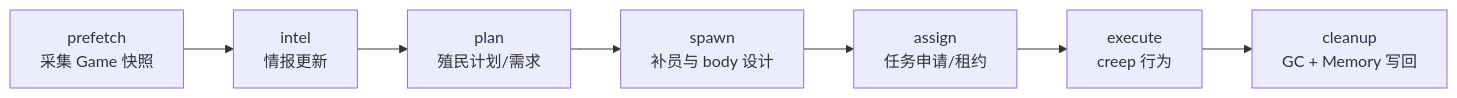
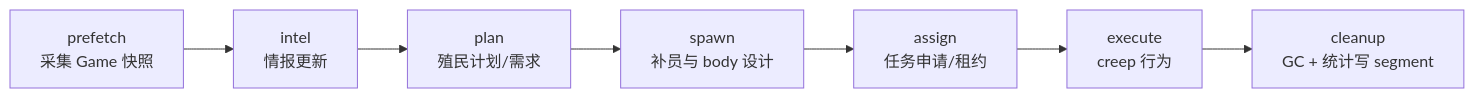
Before and after one commit to Darkiiiiiice/screep: the diagram in PLAN.md, drawn with Mermaid. The commit also changed other lines of this file, not shown here.

````diff
--- a/PLAN.md
+++ b/PLAN.md
@@ -89,9 +133,9 @@
 ```mermaid
 flowchart LR
   A[prefetch<br/>采集 Game 快照] --> B[intel<br/>情报更新]
   B --> C[plan<br/>殖民计划/需求]
   C --> D[spawn<br/>补员与 body 设计]
   D --> E[assign<br/>任务申请/租约]
   E --> F[execute<br/>creep 行为]
-  F --> G[cleanup<br/>GC + Memory 写回]
+  F --> G[cleanup<br/>GC + 统计写 segment]
 ```
````
